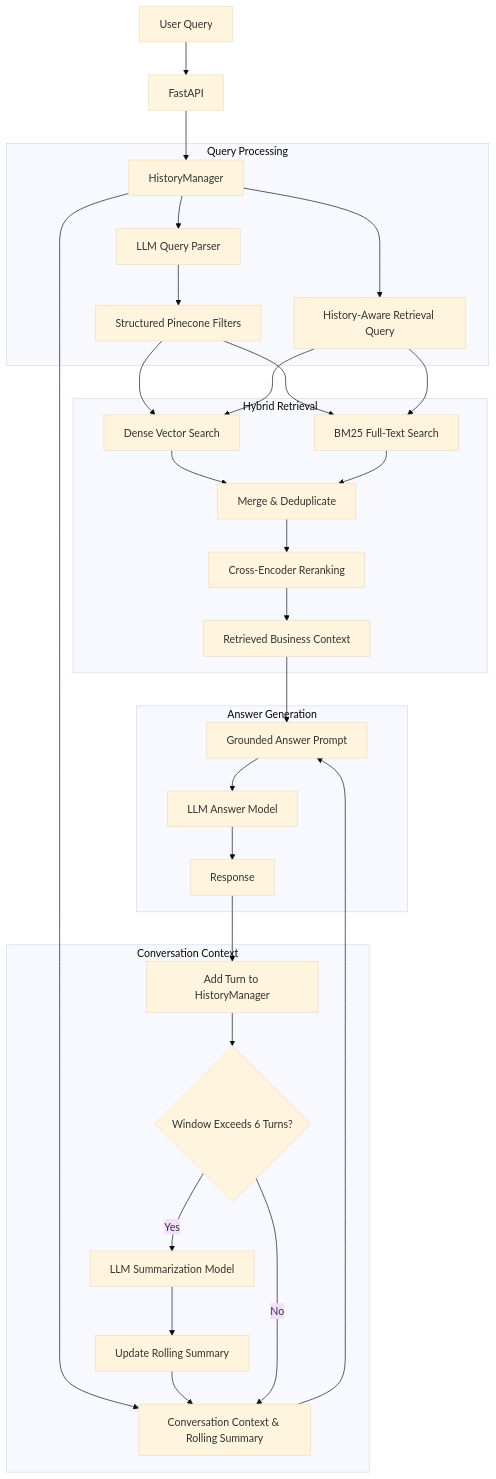
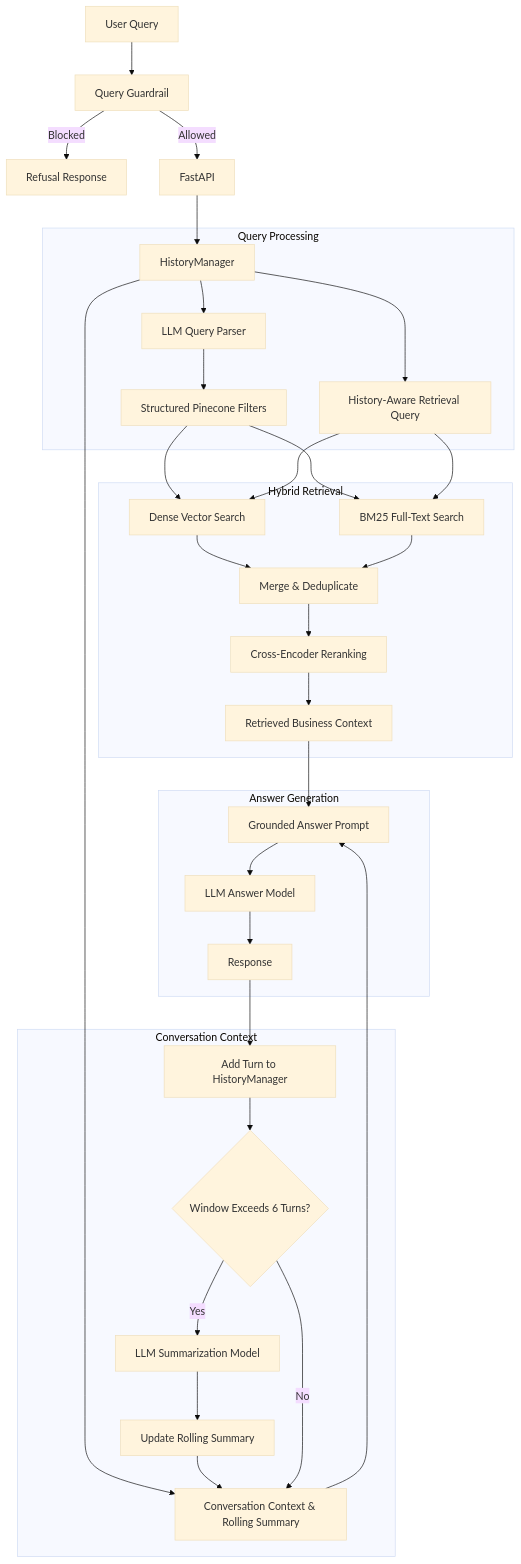
Before and after one commit to sufyanAshraf/RAG_: the diagram in README.md, drawn with Mermaid (base theme). The commit also changed other lines of this file, not shown here.

Commit message:
Add query guardrails for enhanced safety and scope checks on user queries

````diff
--- a/README.md
+++ b/README.md
@@ -78,44 +85,47 @@
 ```mermaid
 flowchart TD
 
-    A[User Query] --> B[FastAPI]
+    A[User Query] --> QG[Query Guardrail]
+    QG -- Blocked --> BR[Refusal Response]
+    QG -- Allowed --> B[FastAPI]
     B --> C[HistoryManager]
 
     subgraph QUERY["Query Processing"]
         C --> D[LLM Query Parser]
         D --> E[Structured Pinecone Filters]
         C --> F[History-Aware Retrieval Query]
     end
 
     subgraph RETRIEVAL["Hybrid Retrieval"]
         E --> G[Dense Vector Search]
         E --> H[BM25 Full-Text Search]
         F --> G
         F --> H
         G --> I[Merge & Deduplicate]
         H --> I
         I --> J[Cross-Encoder Reranking]
         J --> K[Retrieved Business Context]
     end
-    
+
     K --> L[Grounded Answer Prompt]
     O --> L
 
     subgraph GENERATION["Answer Generation"]
         L --> M[LLM Answer Model]
         M --> N[Response]
     end
 
-	subgraph CONTEXT["Conversation Context"]
+    subgraph CONTEXT["Conversation Context"]
         C --> O[Conversation Context & Rolling Summary]
-    
-		N --> P[Add Turn to HistoryManager]
-		
-		P --> Q{Window Exceeds 6 Turns?}
 
-		Q -- Yes --> R[LLM Summarization Model]
-		R --> S[Update Rolling Summary]
-		S --> O
-	end 
+        N --> P[Add Turn to HistoryManager]
+
+        P --> Q{Window Exceeds 6 Turns?}
+
+        Q -- Yes --> R[LLM Summarization Model]
+        R --> S[Update Rolling Summary]
+        S --> O
+    end
+
     Q -- No --> O
 ```
````
